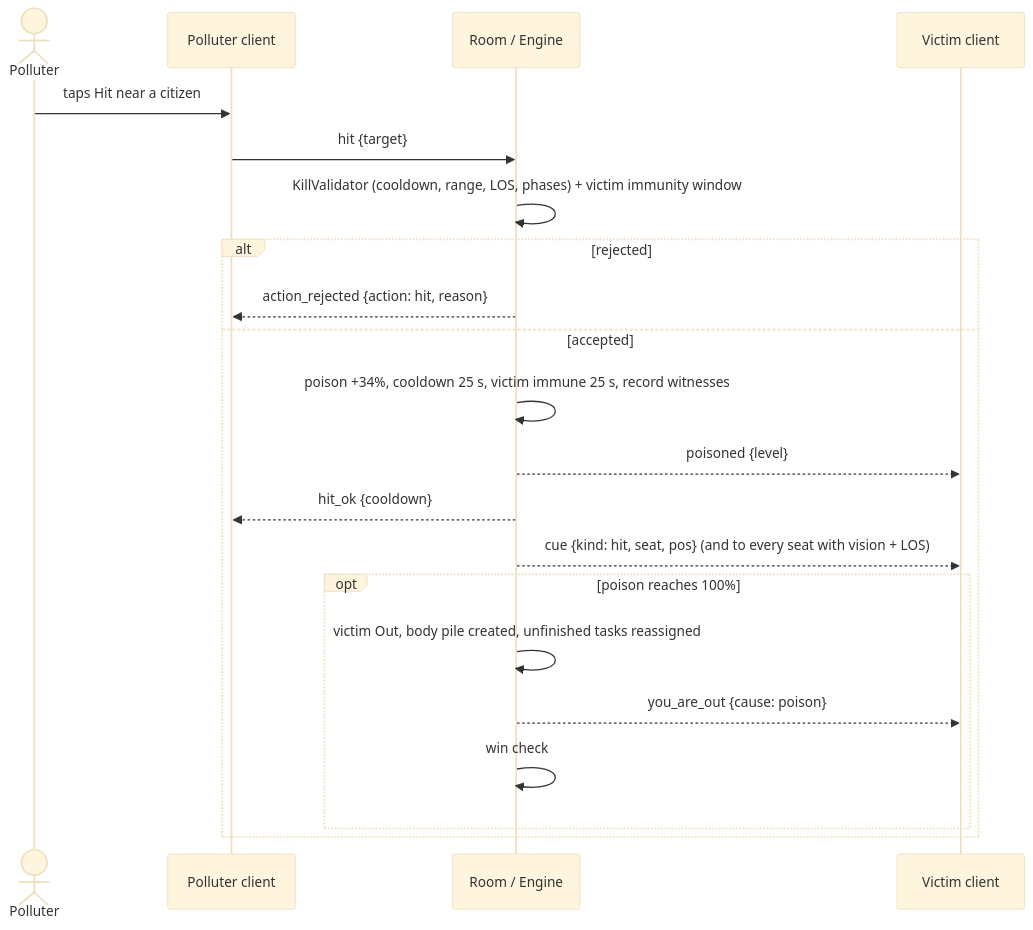
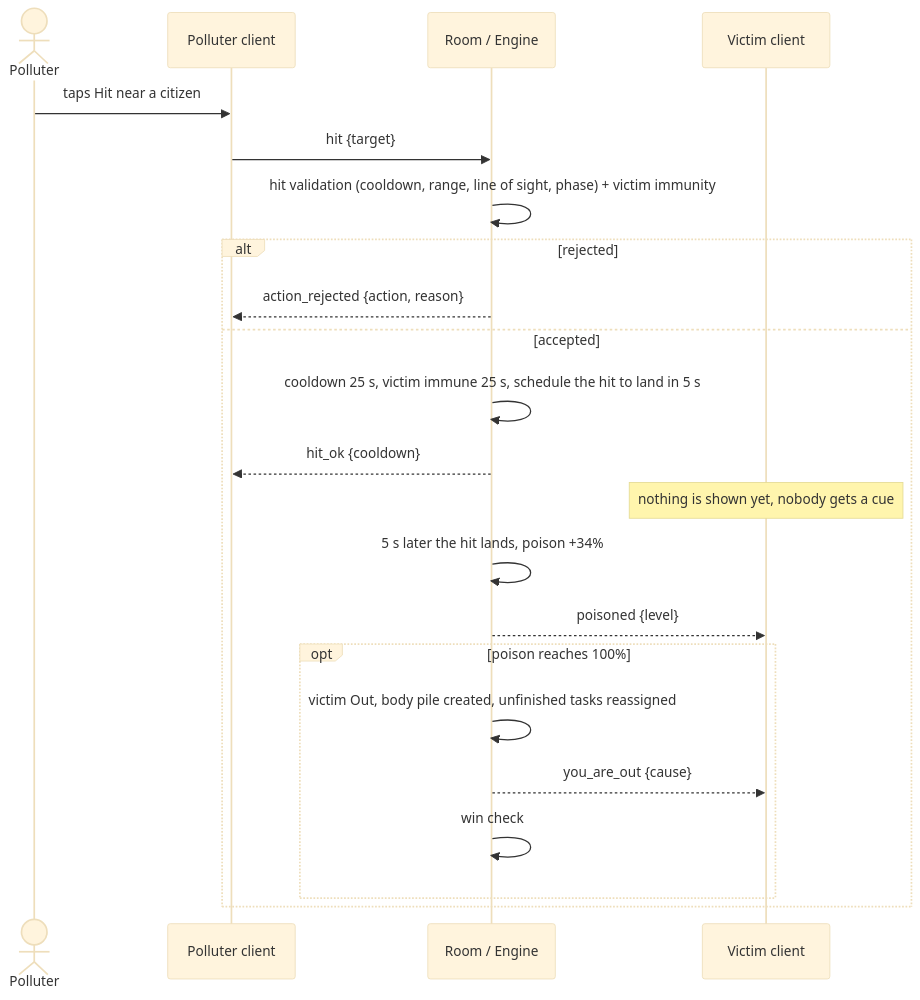
The fourth of 11 diagrams in docs/architecture/05-sequences.md (Faouzi-Blibech/EcoSus-Uncycled), drawn with Mermaid (base theme) before and after one commit. The commit also changed other lines of this file and 11 other files, not shown here.

Commit message:
docs: second design review (2026-11-14) for the architecture views and the design spec

````diff
--- a/docs/architecture/05-sequences.md
+++ b/docs/architecture/05-sequences.md
@@ -80,23 +85,24 @@
 ```mermaid
 sequenceDiagram
     actor X as Polluter
     participant C as Polluter client
     participant R as Room / Engine
     participant V as Victim client
     X->>C: taps Hit near a citizen
     C->>R: hit {target}
-    R->>R: KillValidator (cooldown, range, LOS, phases) + victim immunity window
+    R->>R: hit validation (cooldown, range, line of sight, phase) + victim immunity
     alt rejected
-        R-->>C: action_rejected {action: hit, reason}
+        R-->>C: action_rejected {action, reason}
     else accepted
-        R->>R: poison +34%, cooldown 25 s, victim immune 25 s, record witnesses
+        R->>R: cooldown 25 s, victim immune 25 s, schedule the hit to land in 5 s
+        R-->>C: hit_ok {cooldown}
+        Note over V: nothing is shown yet, nobody gets a cue
+        R->>R: 5 s later the hit lands, poison +34%
         R-->>V: poisoned {level}
-        R-->>C: hit_ok {cooldown}
-        R-->>V: cue {kind: hit, seat, pos} (and to every seat with vision + LOS)
         opt poison reaches 100%
             R->>R: victim Out, body pile created, unfinished tasks reassigned
-            R-->>V: you_are_out {cause: poison}
+            R-->>V: you_are_out {cause}
             R->>R: win check
         end
     end
 ```
````
